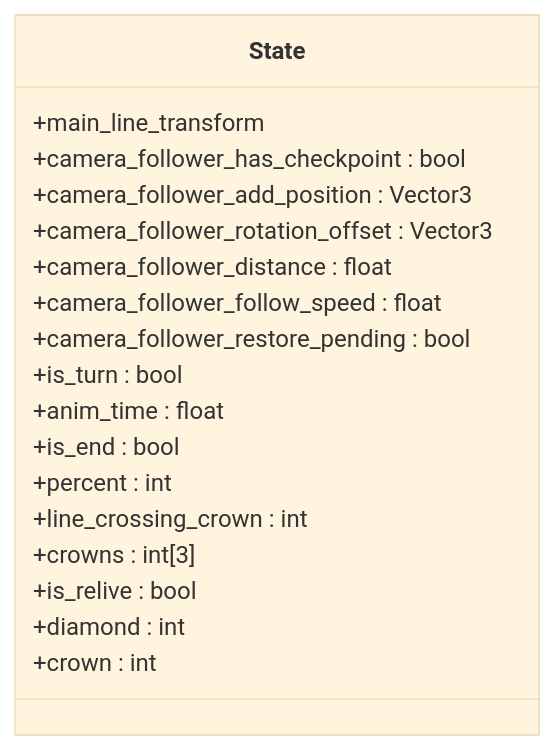
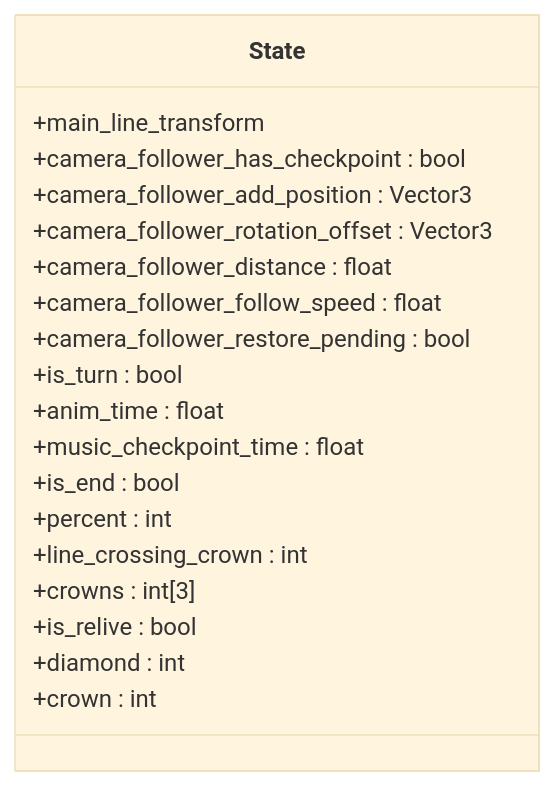
One commit to godotline/godot-line changed the third of 10 diagrams in .qoder/repowiki/zh/content/核心架构设计/设计模式应用/状态管理模式.md. Above: the diagram before and after it, drawn with Mermaid (base theme). The commit also changed other lines of this file and 18 other files, not shown here.

````diff
--- a/.qoder/repowiki/zh/content/核心架构设计/设计模式应用/状态管理模式.md
+++ b/.qoder/repowiki/zh/content/核心架构设计/设计模式应用/状态管理模式.md
@@ -125,21 +144,22 @@
 ```mermaid
 classDiagram
 class State {
 +main_line_transform
 +camera_follower_has_checkpoint : bool
 +camera_follower_add_position : Vector3
 +camera_follower_rotation_offset : Vector3
 +camera_follower_distance : float
 +camera_follower_follow_speed : float
 +camera_follower_restore_pending : bool
 +is_turn : bool
 +anim_time : float
++music_checkpoint_time : float
 +is_end : bool
 +percent : int
 +line_crossing_crown : int
 +crowns : int[3]
 +is_relive : bool
 +diamond : int
 +crown : int
 }
 ```
````
